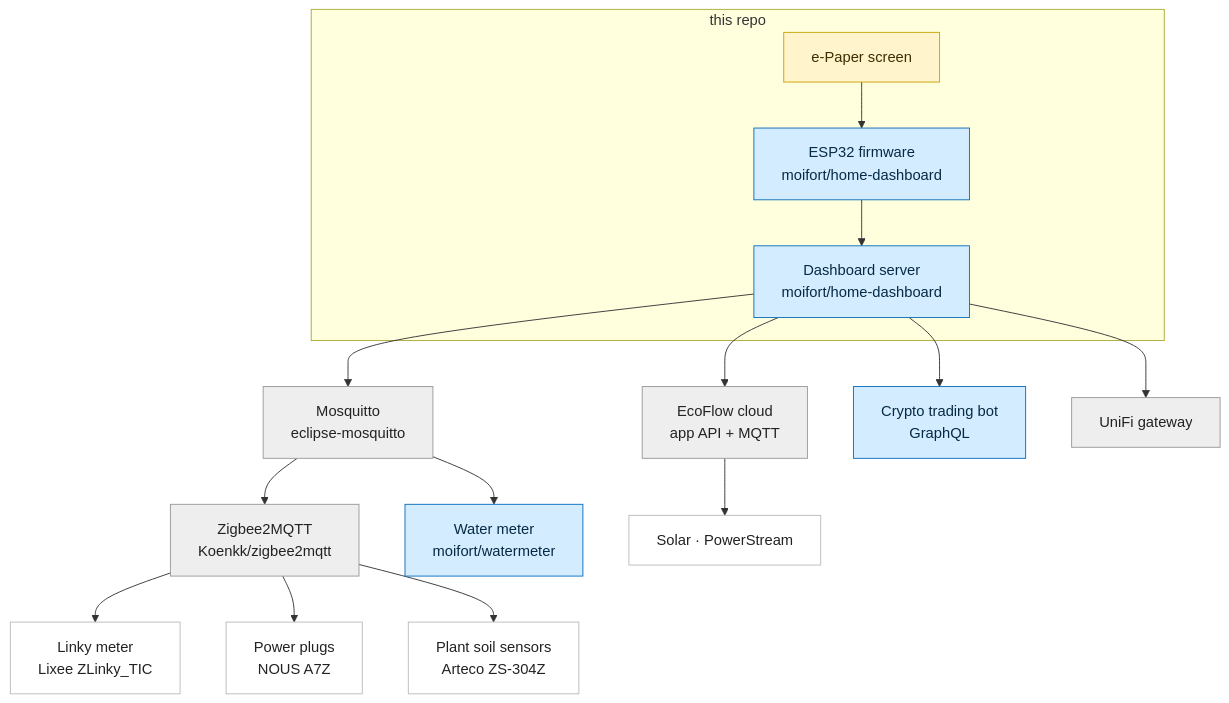
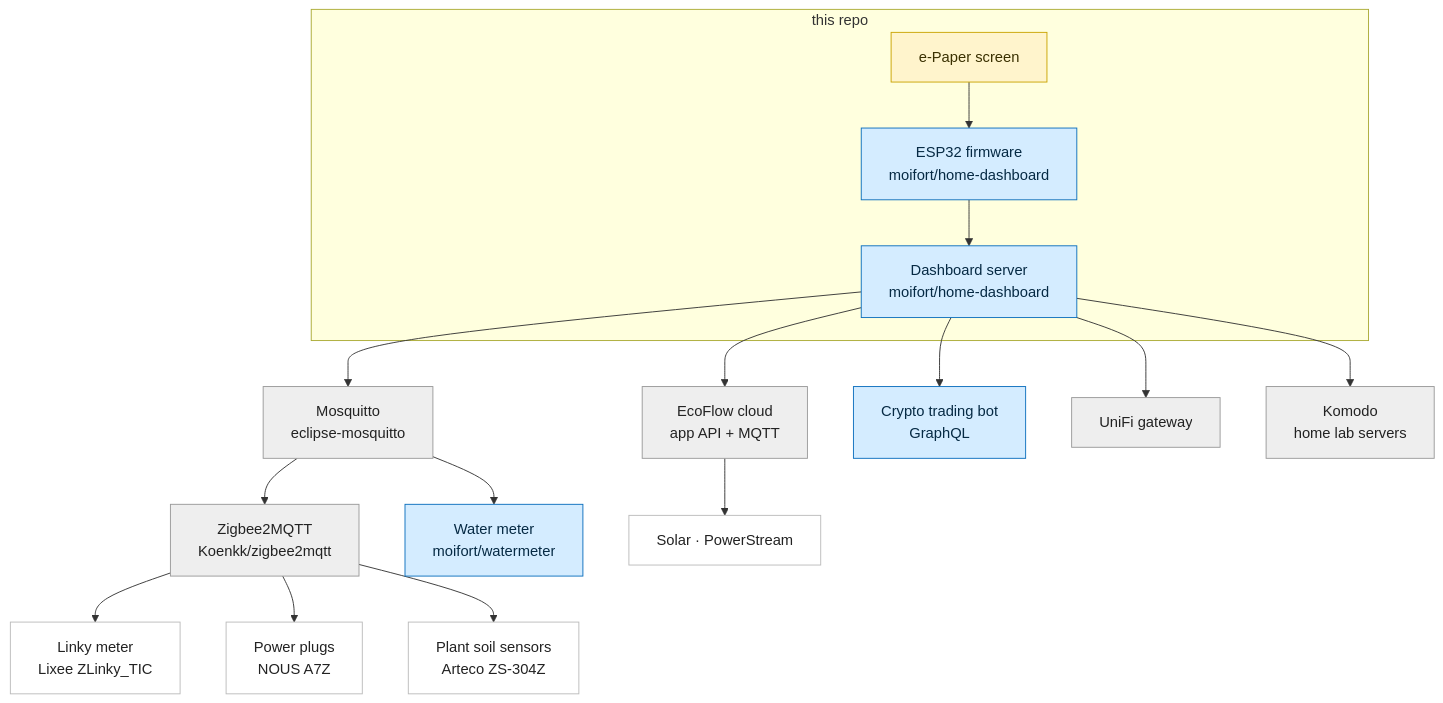
The diagram in README.md (moifort/home-dashboard), drawn with Mermaid before and after one commit. The commit also changed other lines of this file and 4 other files, not shown here.

Commit message:
docs: home lab (Komodo), arcade and matrice screen styles, their env vars

````diff
--- a/README.md
+++ b/README.md
@@ -203,46 +227,48 @@
 ```mermaid
 flowchart TD
     subgraph repo["this repo"]
         SCREEN["e-Paper screen"]:::hw
         ESP["ESP32 firmware<br/>moifort/home-dashboard"]:::mine
         SERVER["Dashboard server<br/>moifort/home-dashboard"]:::mine
     end
 
     SCREEN --> ESP
     ESP --> SERVER
 
     MOSQ["Mosquitto<br/>eclipse-mosquitto"]:::ext
     Z2M["Zigbee2MQTT<br/>Koenkk/zigbee2mqtt"]:::ext
     LINKY["Linky meter<br/>Lixee ZLinky_TIC"]:::dev
     PLUGS["Power plugs<br/>NOUS A7Z"]:::dev
     PLANTS["Plant soil sensors<br/>Arteco ZS-304Z"]:::dev
     WATER["Water meter<br/>moifort/watermeter"]:::mine
 
     SERVER --> MOSQ
     MOSQ --> Z2M
     MOSQ --> WATER
     Z2M --> LINKY
     Z2M --> PLUGS
     Z2M --> PLANTS
 
     ECO["EcoFlow cloud<br/>app API + MQTT"]:::ext
     PV["Solar · PowerStream"]:::dev
     SERVER --> ECO
     ECO --> PV
 
     CRYPTO["Crypto trading bot<br/>GraphQL"]:::mine
     UNIFI["UniFi gateway"]:::ext
+    KOMODO["Komodo<br/>home lab servers"]:::ext
     SERVER --> CRYPTO
     SERVER --> UNIFI
+    SERVER --> KOMODO
 
     classDef mine fill:#d4ecff,stroke:#0a6ebd,color:#062a44;
     classDef ext  fill:#eeeeee,stroke:#999999,color:#222222;
     classDef dev  fill:#ffffff,stroke:#bbbbbb,color:#222222;
     classDef hw   fill:#fff4cc,stroke:#caa300,color:#3a3000;
 
     click ESP "https://github.com/moifort/home-dashboard" _blank
     click SERVER "https://github.com/moifort/home-dashboard" _blank
     click WATER "https://github.com/moifort/watermeter" _blank
     click MOSQ "https://github.com/eclipse/mosquitto" _blank
     click Z2M "https://github.com/Koenkk/zigbee2mqtt" _blank
 ```
````
